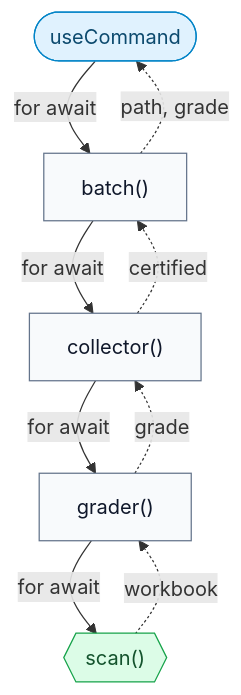
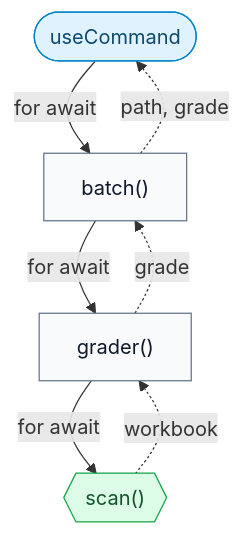
Before and after one commit to correxit/correxit: the second of 3 diagrams in DESIGN.md, drawn with Mermaid. The commit also changed other lines of this file and 26 other files, not shown here.

````diff
--- a/DESIGN.md
+++ b/DESIGN.md
@@ -148,21 +148,18 @@
 ```mermaid
 flowchart TB
   classDef ui fill:#e0f2fe,stroke:#0284c7,color:#0c4a6e,stroke-width:1px
   classDef gen fill:#f8fafc,stroke:#64748b,color:#0f172a,stroke-width:1px
   classDef src fill:#dcfce7,stroke:#16a34a,color:#14532d,stroke-width:1px
 
     UI(["useCommand"]):::ui
     B["batch()"]:::gen
-    CO["collector()"]:::gen
     G["grader()"]:::gen
     SC{{"scan()"}}:::src
 
   UI -->|for await| B
-  B -->|for await| CO
-  CO -->|for await| G
+  B -->|for await| G
   G -->|for await| SC
     SC -. workbook .-> G
-    G -. grade .-> CO
-    CO -. certified .-> B
+    G -. grade .-> B
     B -. "path, grade" .-> UI
 ```
````
